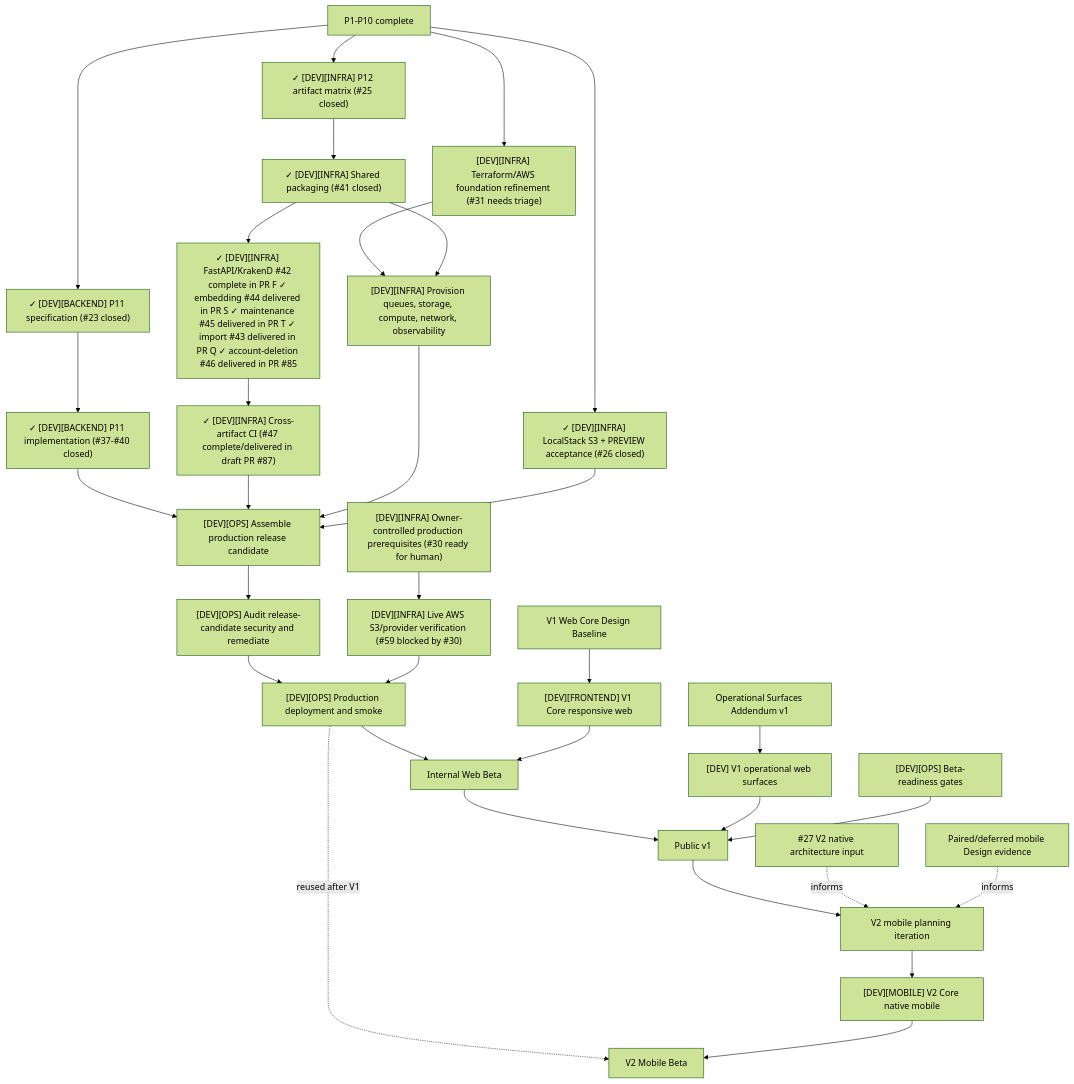
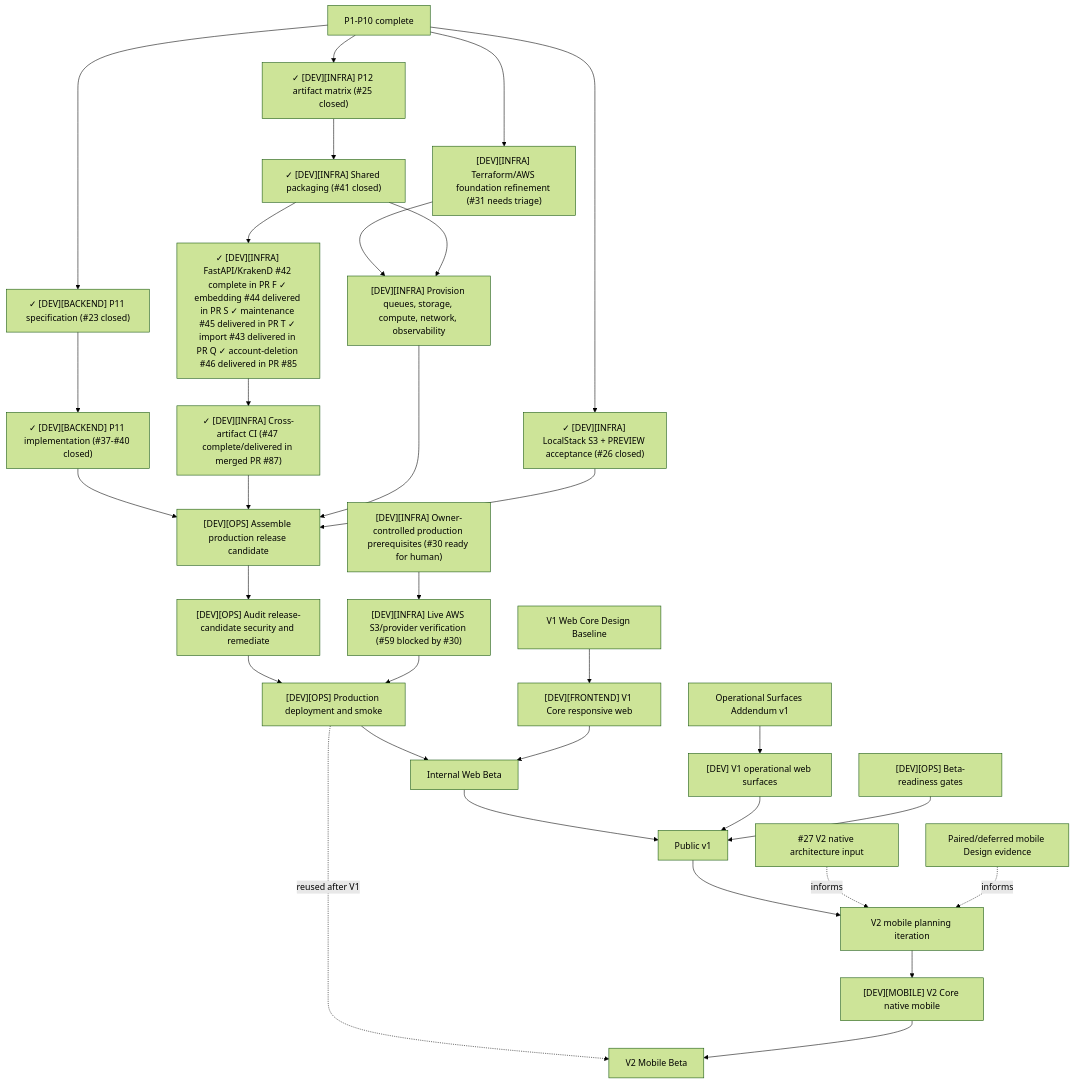
One commit to starkovalera/recipe-manager changed the diagram in docs/architecture/production-roadmap.md. Above: the diagram before and after it, drawn with Mermaid (forest theme). The commit also changed other lines of this file and 12 other files, not shown here.

First line of the commit message:
docs: reconcile roadmap and tracker drift (#99)

````diff
--- a/docs/architecture/production-roadmap.md
+++ b/docs/architecture/production-roadmap.md
@@ -215,41 +215,41 @@
 ```mermaid
 flowchart TD
   p10["P1-P10 complete"]
   p10 --> p11Spec["✓ [DEV][BACKEND] P11 specification (#23 closed)"]
   p11Spec --> p11Implementation["✓ [DEV][BACKEND] P11 implementation (#37-#40 closed)"]
   p10 --> p12Spec["✓ [DEV][INFRA] P12 artifact matrix (#25 closed)"]
   p12Spec --> p12Shared["✓ [DEV][INFRA] Shared packaging (#41 closed)"]
   p12Shared --> p12Artifacts["✓ [DEV][INFRA] FastAPI/KrakenD #42 complete in PR #70; ✓ embedding #44 delivered in PR #83; ✓ maintenance #45 delivered in PR #84; ✓ import #43 delivered in PR #81; ✓ account-deletion #46 delivered in PR #85"]
-  p12Artifacts --> p12Ci["✓ [DEV][INFRA] Cross-artifact CI (#47 complete/delivered in draft PR #87)"]
+  p12Artifacts --> p12Ci["✓ [DEV][INFRA] Cross-artifact CI (#47 complete/delivered in merged PR #87)"]
   p10 --> localstack["✓ [DEV][INFRA] LocalStack S3 + PREVIEW acceptance (#26 closed)"]
   p10 --> tfFoundation["[DEV][INFRA] Terraform/AWS foundation refinement (#31 needs triage)"]
   ownerInputs["[DEV][INFRA] Owner-controlled production prerequisites (#30 ready for human)"]
   ownerInputs --> liveAws["[DEV][INFRA] Live AWS S3/provider verification (#59 blocked by #30)"]
 
   tfFoundation --> cloudResources["[DEV][INFRA] Provision queues, storage, compute, network, observability"]
   p12Shared --> cloudResources
 
   p11Implementation --> releaseCandidate["[DEV][OPS] Assemble production release candidate"]
   p12Ci --> releaseCandidate
   cloudResources --> releaseCandidate
   localstack --> releaseCandidate
   releaseCandidate --> security["[DEV][OPS] Audit release-candidate security and remediate"]
   security --> technicalProd["[DEV][OPS] Production deployment and smoke"]
   liveAws --> technicalProd
 
   designCore["V1 Web Core Design Baseline"] --> web["[DEV][FRONTEND] V1 Core responsive web"]
   technicalProd --> webBeta["Internal Web Beta"]
   web --> webBeta
 
   designOps["Operational Surfaces Addendum v1"] --> operationalClients["[DEV] V1 operational web surfaces"]
   webBeta --> publicV1["Public v1"]
   operationalClients --> publicV1
   beta["[DEV][OPS] Beta-readiness gates"] --> publicV1
 
   publicV1 --> v2Planning["V2 mobile planning iteration"]
   mobileResearch["#27 V2 native architecture input"] -. informs .-> v2Planning
   pairedDesign["Paired/deferred mobile Design evidence"] -. informs .-> v2Planning
   v2Planning --> mobile["[DEV][MOBILE] V2 Core native mobile"]
   technicalProd -. reused after V1 .-> mobileBeta["V2 Mobile Beta"]
   mobile --> mobileBeta
 ```
````
